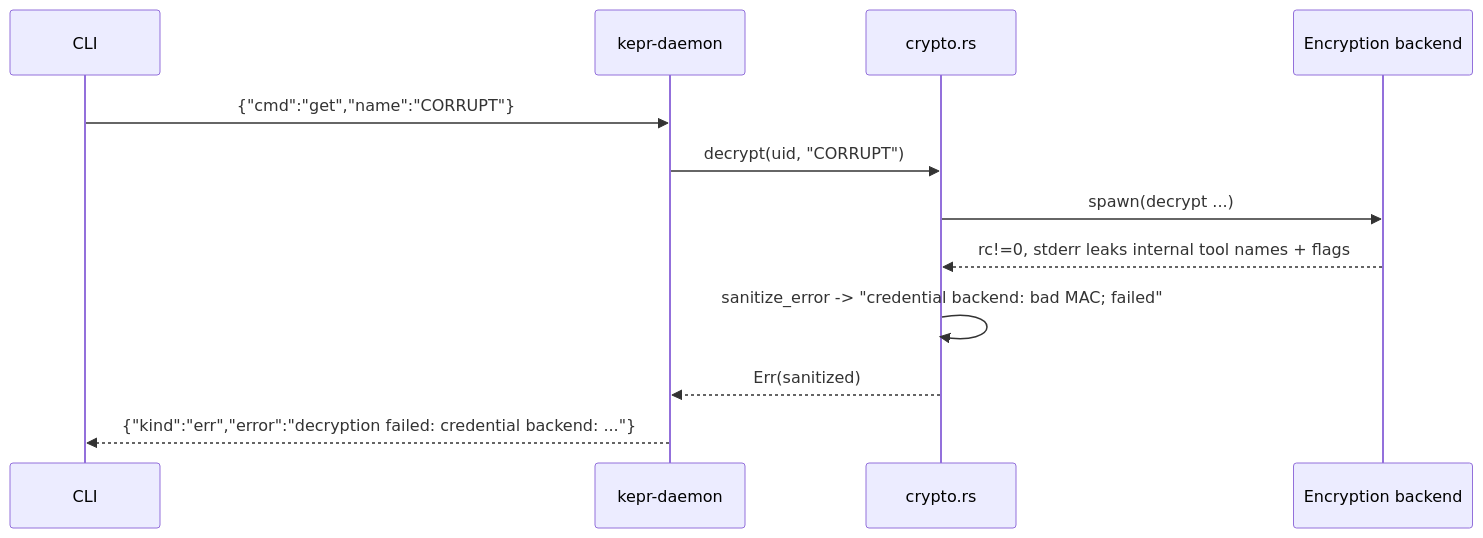
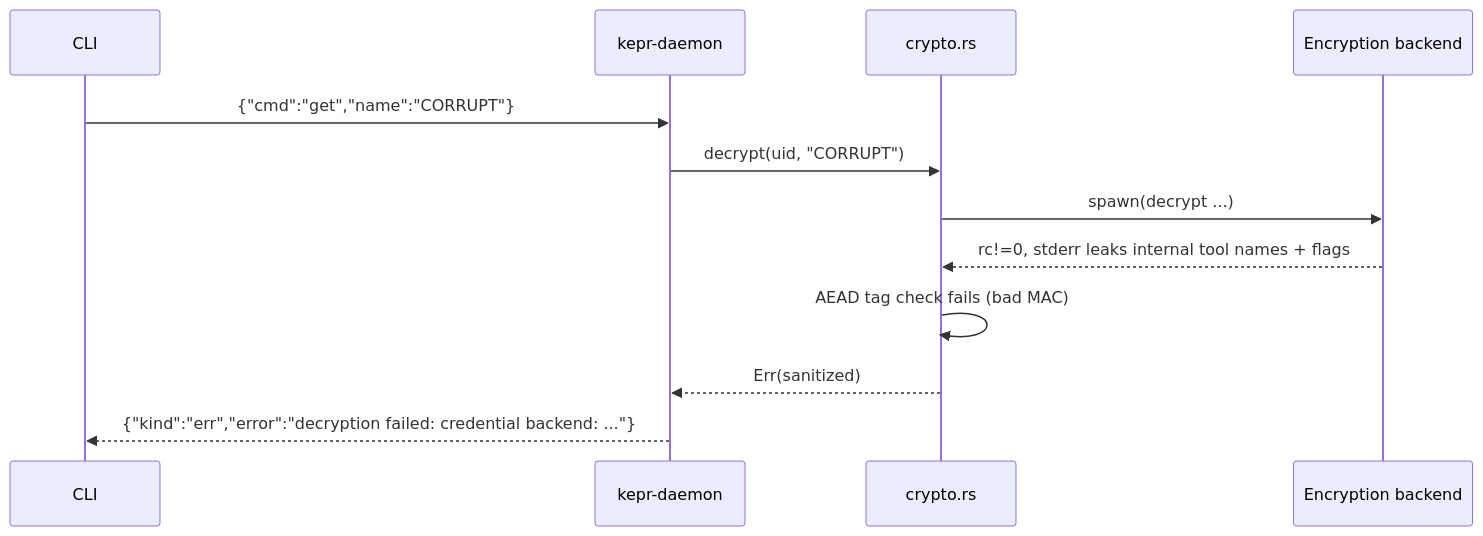
Before and after one commit to justdoGIT/kepr: the fifth of 5 diagrams in docs/content/docs/architecture/sequence-diagrams.mdx, drawn with Mermaid. The commit also changed 66 other files, not shown here.

````diff
--- a/docs/content/docs/architecture/sequence-diagrams.mdx
+++ b/docs/content/docs/architecture/sequence-diagrams.mdx
@@ -126,15 +126,15 @@
 ```mermaid
 sequenceDiagram
     participant CLI
     participant D as kepr-daemon
     participant CR as crypto.rs
     participant BE as Encryption backend
 
     CLI->>D: {"cmd":"get","name":"CORRUPT"}
     D->>CR: decrypt(uid, "CORRUPT")
     CR->>BE: spawn(decrypt ...)
     BE-->>CR: rc!=0, stderr leaks internal tool names + flags
-    CR->>CR: sanitize_error -> "credential backend: bad MAC#59; failed"
+    CR->>CR: AEAD tag check fails (bad MAC)
     CR-->>D: Err(sanitized)
     D-->>CLI: {"kind":"err","error":"decryption failed: credential backend: ..."}
 ```
````
